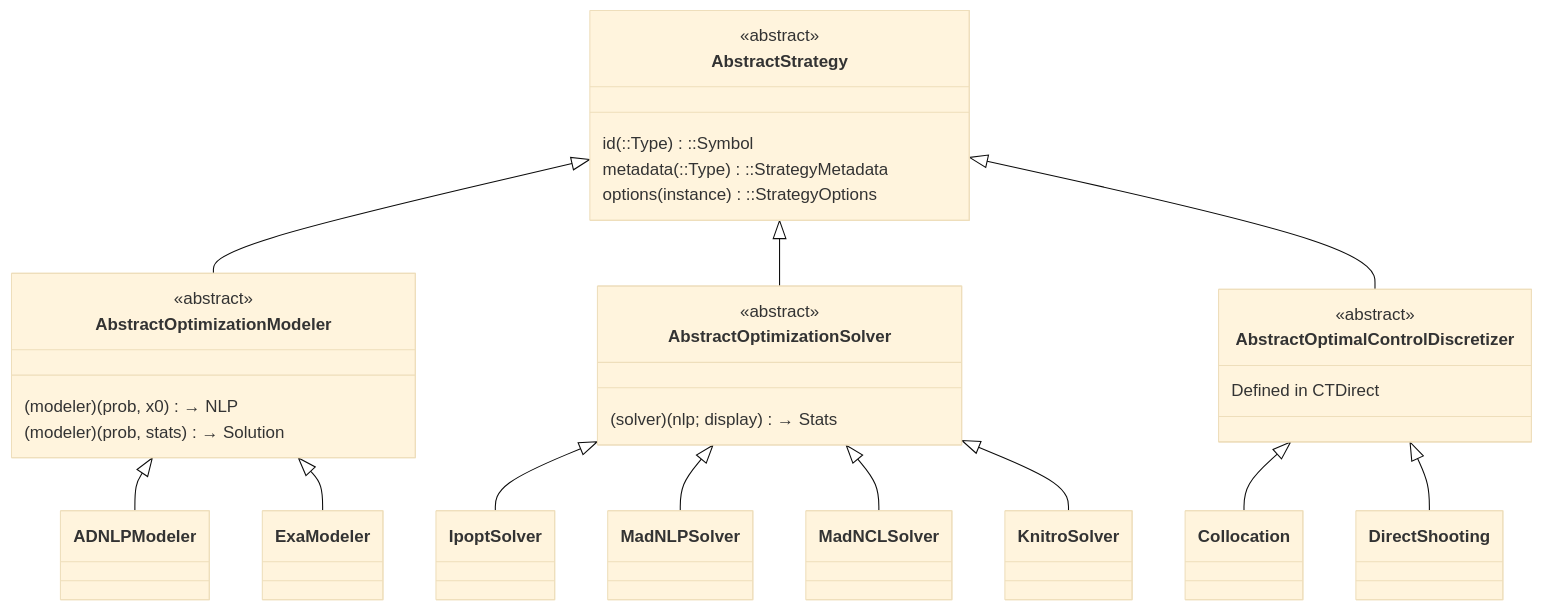
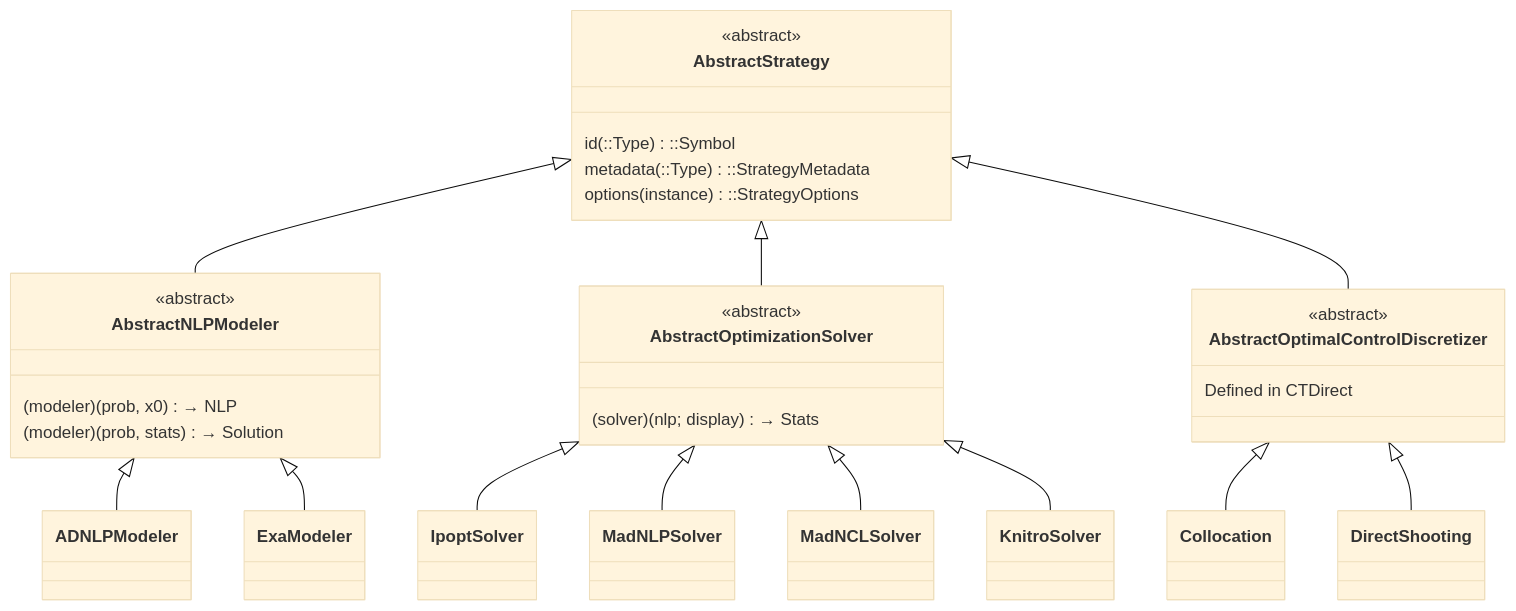
Before and after one commit to control-toolbox/CTSolvers.jl: the first of 6 diagrams in docs/src/architecture.md, drawn with Mermaid (base theme). The commit also changed other lines of this file and 19 other files, not shown here.

````diff
--- a/docs/src/architecture.md
+++ b/docs/src/architecture.md
@@ -44,38 +44,38 @@
 ```mermaid
 classDiagram
     direction TB
     class AbstractStrategy {
         <<abstract>>
         id(::Type)::Symbol
         metadata(::Type)::StrategyMetadata
         options(instance)::StrategyOptions
     }
 
-    AbstractStrategy <|-- AbstractOptimizationModeler
+    AbstractStrategy <|-- AbstractNLPModeler
     AbstractStrategy <|-- AbstractOptimizationSolver
     AbstractStrategy <|-- AbstractOptimalControlDiscretizer
 
-    class AbstractOptimizationModeler {
+    class AbstractNLPModeler {
         <<abstract>>
         (modeler)(prob, x0) → NLP
         (modeler)(prob, stats) → Solution
     }
-    AbstractOptimizationModeler <|-- ADNLPModeler
-    AbstractOptimizationModeler <|-- ExaModeler
+    AbstractNLPModeler <|-- ADNLPModeler
+    AbstractNLPModeler <|-- ExaModeler
 
     class AbstractOptimizationSolver {
         <<abstract>>
         (solver)(nlp; display) → Stats
     }
     AbstractOptimizationSolver <|-- IpoptSolver
     AbstractOptimizationSolver <|-- MadNLPSolver
     AbstractOptimizationSolver <|-- MadNCLSolver
     AbstractOptimizationSolver <|-- KnitroSolver
 
     class AbstractOptimalControlDiscretizer {
         <<abstract>>
         Defined in CTDirect
     }
     AbstractOptimalControlDiscretizer <|-- Collocation
     AbstractOptimalControlDiscretizer <|-- DirectShooting
 ```
````
